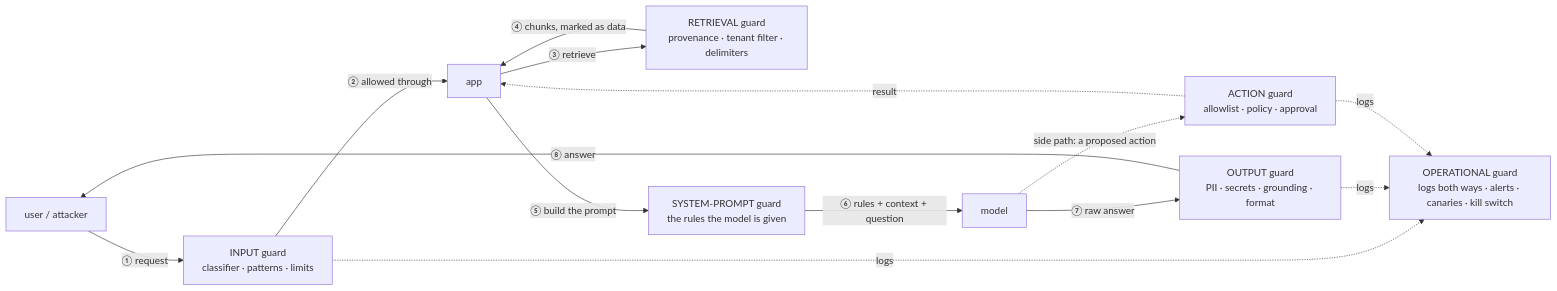
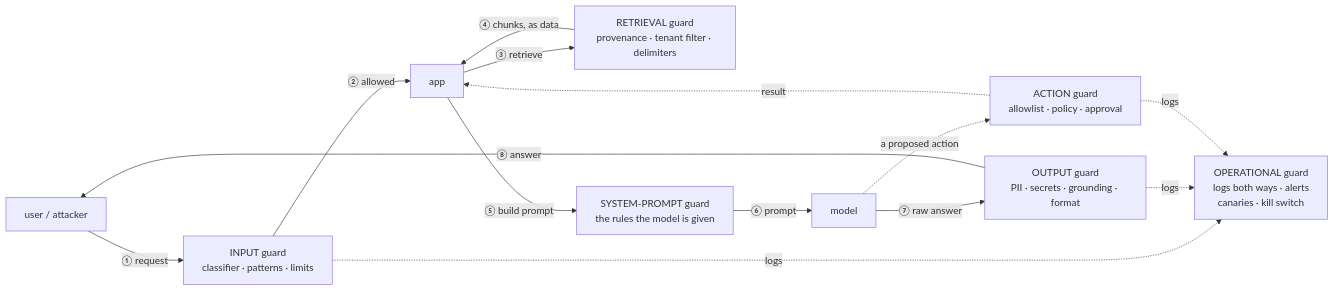
Before and after one commit to ryayres-fox/Security: the diagram in lab-journal/ai-guardrails-and-checklist.md, drawn with Mermaid. The commit also changed other lines of this file and 5 other files, not shown here.

First line of the commit message:
Lab journal: legible diagrams, and the agentic-services page (#90)

````diff
--- a/lab-journal/ai-guardrails-and-checklist.md
+++ b/lab-journal/ai-guardrails-and-checklist.md
@@ -33,16 +33,16 @@
 ```mermaid
 graph LR
   U["user / attacker"] -->|"① request"| GIN["INPUT guard<br/>classifier · patterns · limits"]
-  GIN -->|"② allowed through"| APP["app"]
+  GIN -->|"② allowed"| APP["app"]
   APP -->|"③ retrieve"| RET["RETRIEVAL guard<br/>provenance · tenant filter · delimiters"]
-  RET -->|"④ chunks, marked as data"| APP
-  APP -->|"⑤ build the prompt"| SP["SYSTEM-PROMPT guard<br/>the rules the model is given"]
-  SP -->|"⑥ rules + context + question"| MODEL["model"]
+  RET -->|"④ chunks, as data"| APP
+  APP -->|"⑤ build prompt"| SP["SYSTEM-PROMPT guard<br/>the rules the model is given"]
+  SP -->|"⑥ prompt"| MODEL["model"]
   MODEL -->|"⑦ raw answer"| GOUT["OUTPUT guard<br/>PII · secrets · grounding · format"]
   GOUT -->|"⑧ answer"| U
-  MODEL -. "side path: a proposed action" .-> ACT["ACTION guard<br/>allowlist · policy · approval"]
+  MODEL -. "a proposed action" .-> ACT["ACTION guard<br/>allowlist · policy · approval"]
   ACT -. "result" .-> APP
-  GIN -.->|"logs"| OPS["OPERATIONAL guard<br/>logs both ways · alerts · canaries · kill switch"]
+  GIN -.->|"logs"| OPS["OPERATIONAL guard<br/>logs both ways · alerts<br/>canaries · kill switch"]
   GOUT -.->|"logs"| OPS
   ACT -.->|"logs"| OPS
 ```
````
